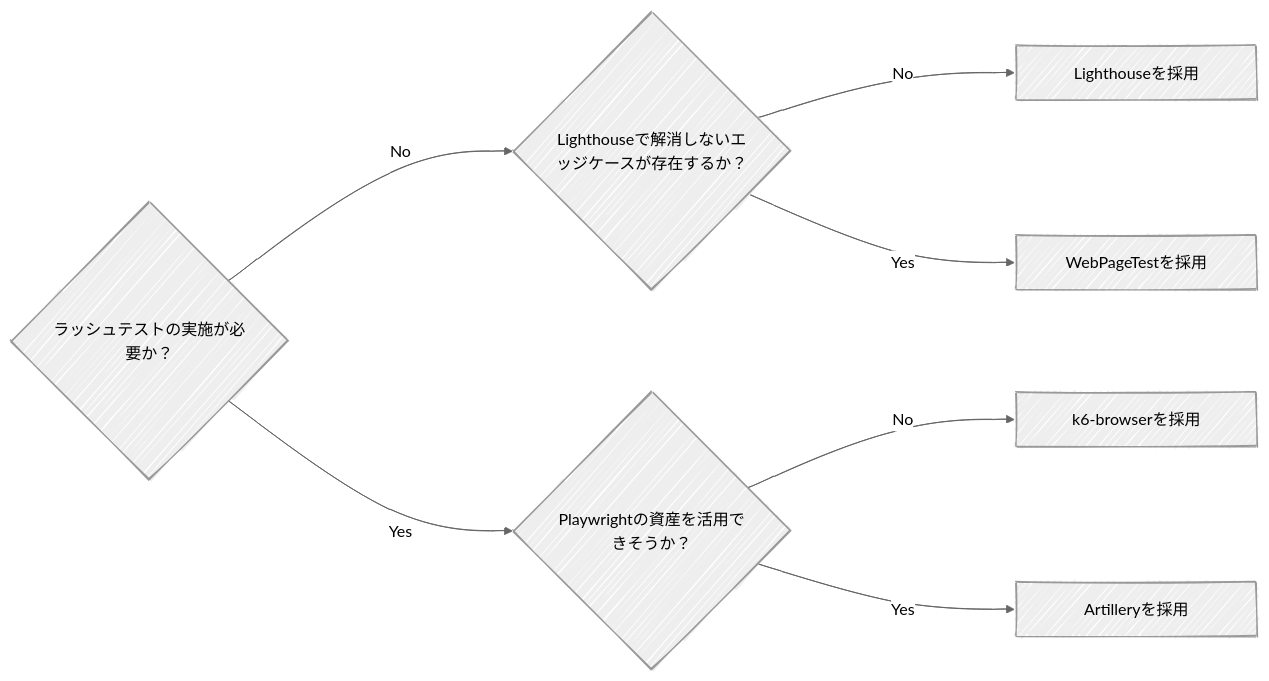
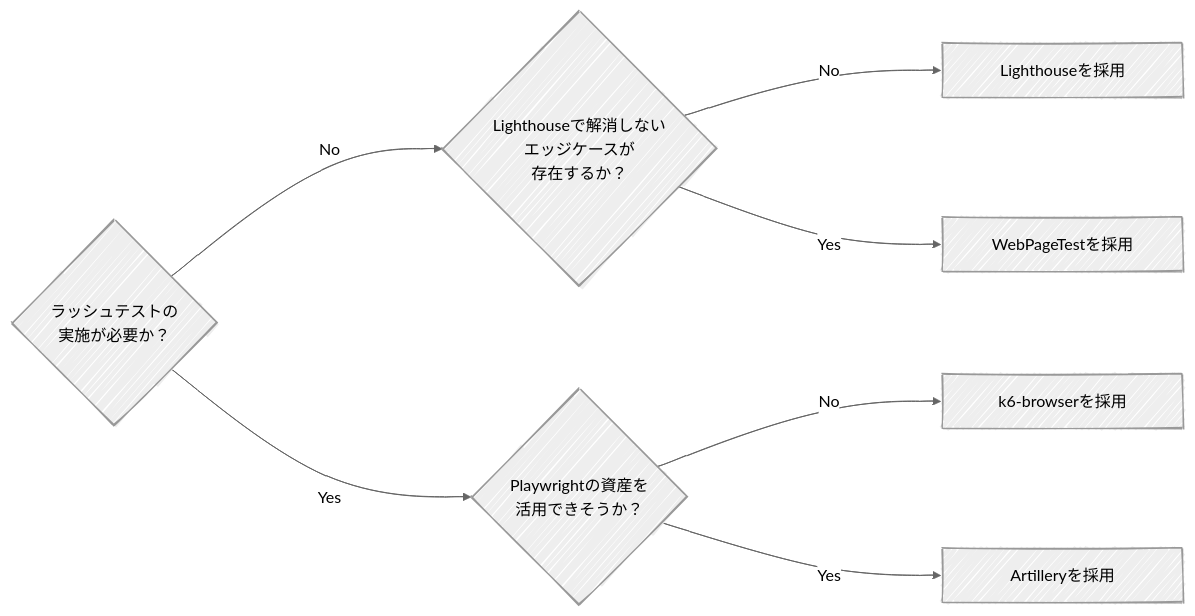
One commit to future-architect/arch-guidelines changed the diagram in documents/forPerformanceTest/appendix.md. Above: the diagram before and after it, drawn with Mermaid.

Commit message:
性能検証ツール選定フローのmermaid図に改行を追加 (#363)
判断ノードの長いテキストが途切れていたため <br> で分割。
結果ノードには width:180px の指定があるが判断ノードには無く、
テキストが1行に伸びていた

````diff
--- a/documents/forPerformanceTest/appendix.md
+++ b/documents/forPerformanceTest/appendix.md
@@ -77,20 +77,20 @@
 ```mermaid
 ---
 config:
   theme: neutral
   layout: dagre
   look: handDrawn
   flowchart:
     htmlLabels: true
     nodeSpacing: 100
     rankSpacing: 200
 ---
 flowchart LR
-    Q1{"ラッシュテストの実施が必要か？"}
-    Q1 -- No --> Q2{"Lighthouseで解消しないエッジケースが存在するか？"}
-    Q1 -- Yes --> Q3{"Playwrightの資産を活用できそうか？"}
+    Q1{"ラッシュテストの<br>実施が必要か？"}
+    Q1 -- No --> Q2{"Lighthouseで解消しない<br>エッジケースが<br>存在するか？"}
+    Q1 -- Yes --> Q3{"Playwrightの資産を<br>活用できそうか？"}
     Q2 -- No --> Lighthouse["<p style='width:180px'>Lighthouseを採用</p>"]
     Q2 -- Yes --> WPT["<p style='width:180px'>WebPageTestを採用</p>"]
     Q3 -- No --> K6["<p style='width:180px'>k6-browserを採用</p>"]
     Q3 -- Yes --> Artillery["<p style='width:180px'>Artilleryを採用</p>"]
 ```
````
